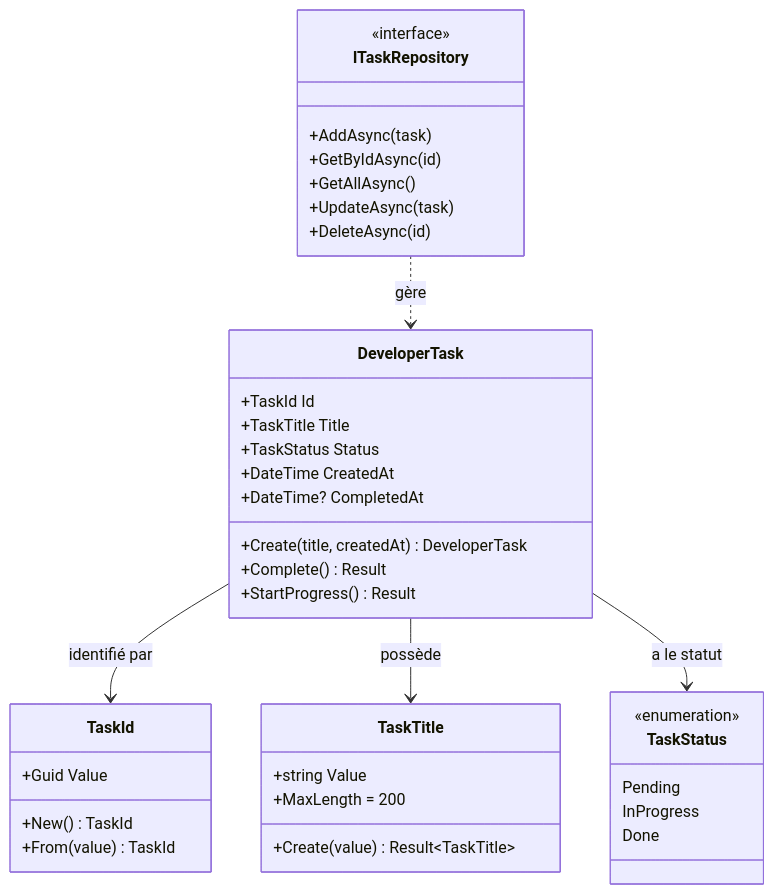
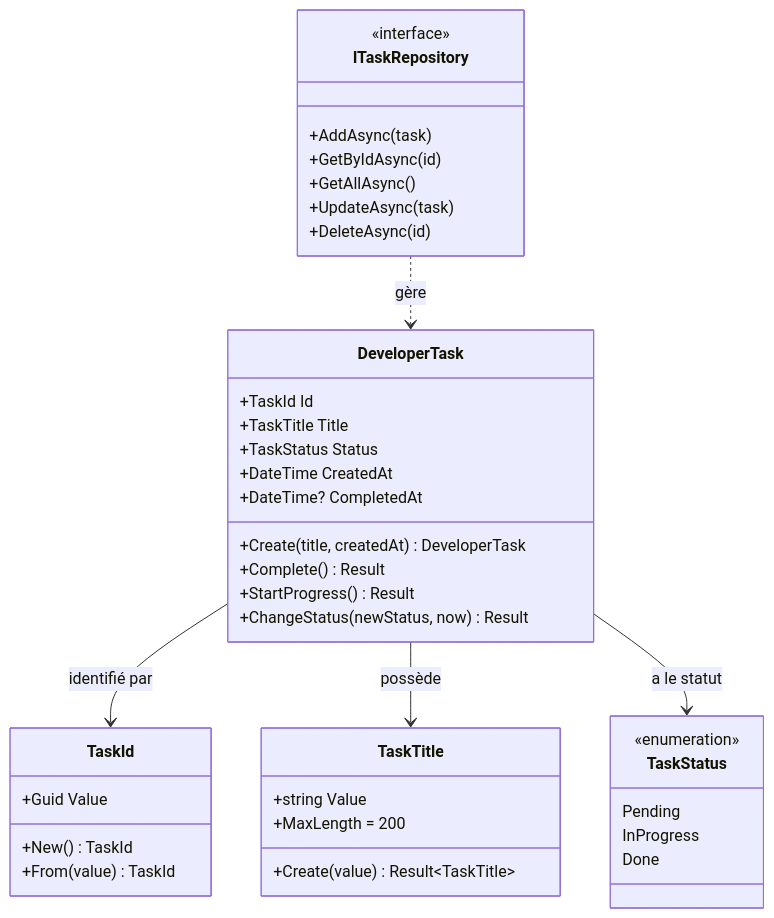
The third of 17 diagrams in docs/spec.md (Monbsoft/Kairu), drawn with Mermaid before and after one commit. The commit also changed other lines of this file and 36 other files, not shown here.

````diff
--- a/docs/spec.md
+++ b/docs/spec.md
@@ -107,46 +117,47 @@
 ```mermaid
 classDiagram
     class DeveloperTask {
         +TaskId Id
         +TaskTitle Title
         +TaskStatus Status
         +DateTime CreatedAt
         +DateTime? CompletedAt
         +Create(title, createdAt) DeveloperTask
         +Complete() Result
         +StartProgress() Result
+        +ChangeStatus(newStatus, now) Result
     }
 
     class TaskId {
         +Guid Value
         +New() TaskId
         +From(value) TaskId
     }
 
     class TaskTitle {
         +string Value
         +MaxLength = 200
         +Create(value) Result~TaskTitle~
     }
 
     class TaskStatus {
         <<enumeration>>
         Pending
         InProgress
         Done
     }
 
     class ITaskRepository {
         <<interface>>
         +AddAsync(task)
         +GetByIdAsync(id)
         +GetAllAsync()
         +UpdateAsync(task)
         +DeleteAsync(id)
     }
 
     DeveloperTask --> TaskId : identifié par
     DeveloperTask --> TaskTitle : possède
     DeveloperTask --> TaskStatus : a le statut
     ITaskRepository ..> DeveloperTask : gère
 ```
````
